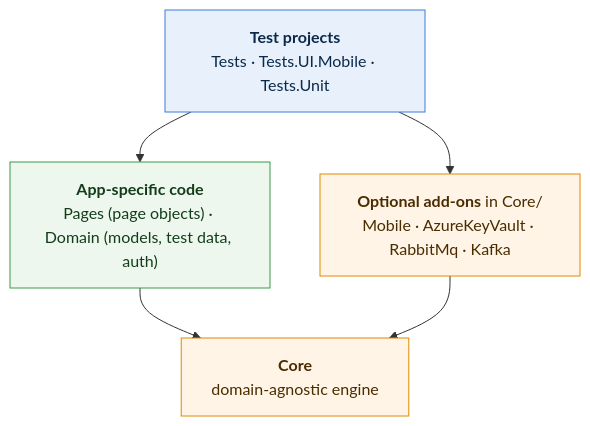
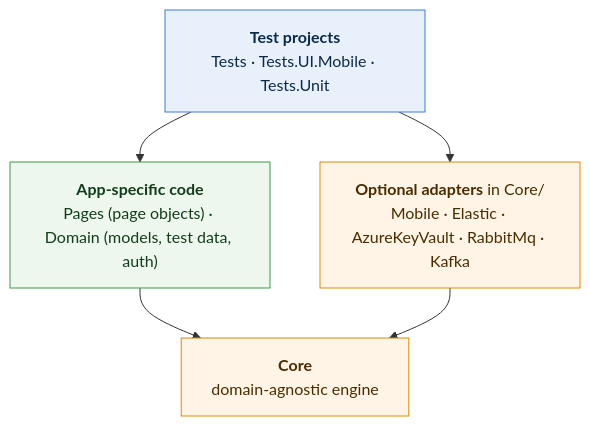
The first of 6 diagrams in docs/DIAGRAMS.md (ravs788/complete-test-automation-fmw), drawn with Mermaid before and after one commit. The commit also changed other lines of this file and 34 other files, not shown here.

First line of the commit message:
feat(composition): composition root, plugin model and providers.json; Elastic out of Core (R40)

````diff
--- a/docs/DIAGRAMS.md
+++ b/docs/DIAGRAMS.md
@@ -20,19 +20,19 @@
 ```mermaid
 flowchart TB
     TESTS["<b>Test projects</b><br/>Tests · Tests.UI.Mobile · Tests.Unit"]
     APP["<b>App-specific code</b><br/>Pages (page objects) · Domain (models, test data, auth)"]
-    ADDONS["<b>Optional add-ons</b> in Core/<br/>Mobile · AzureKeyVault · RabbitMq · Kafka"]
+    ADDONS["<b>Optional adapters</b> in Core/<br/>Mobile · Elastic · AzureKeyVault · RabbitMq · Kafka"]
     CORE["<b>Core</b><br/>domain-agnostic engine"]
 
     TESTS --> APP
     TESTS --> ADDONS
     APP --> CORE
     ADDONS --> CORE
 
     classDef test fill:#e8f1fb,stroke:#3b7dd8,color:#0b2a4a
     classDef app fill:#eef7ee,stroke:#3a9a4a,color:#123d1a
     classDef core fill:#fff4e5,stroke:#e08a00,color:#4a2c00
     class TESTS test
     class APP app
     class ADDONS,CORE core
 ```
````
